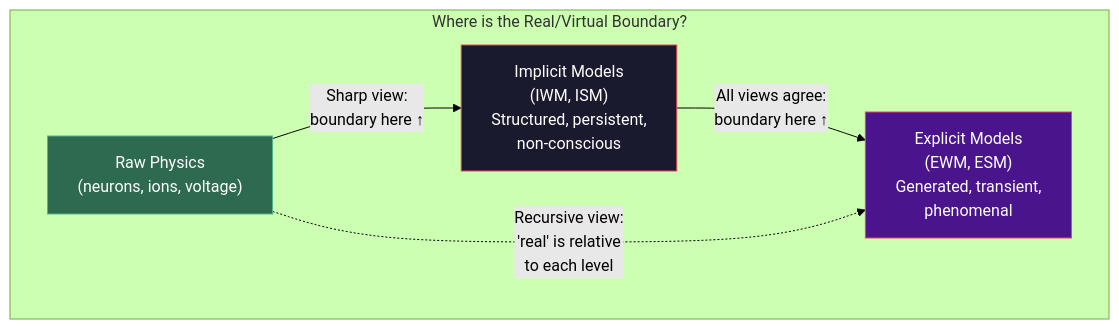
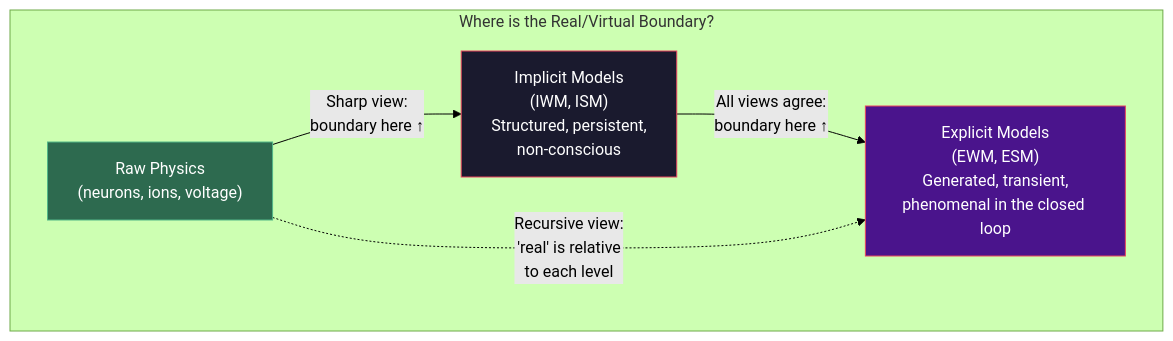
The diagram in wiki/open-questions/implicit-models-virtual.md (JeltzProstetnic/aIware), drawn with Mermaid (forest theme) before and after one commit. The commit also changed other lines of this file and 366 other files, not shown here.

````diff
--- a/wiki/open-questions/implicit-models-virtual.md
+++ b/wiki/open-questions/implicit-models-virtual.md
@@ -47,17 +47,17 @@
 ```mermaid
 graph TB
     subgraph "Where is the Real/Virtual Boundary?"
         RAW["Raw Physics<br/>(neurons, ions, voltage)"]
         IMP["Implicit Models<br/>(IWM, ISM)<br/>Structured, persistent,<br/>non-conscious"]
-        EXP["Explicit Models<br/>(EWM, ESM)<br/>Generated, transient,<br/>phenomenal"]
+        EXP["Explicit Models<br/>(EWM, ESM)<br/>Generated, transient,<br/>phenomenal in the closed loop"]
     end
 
     RAW -->|"Sharp view:<br/>boundary here ↑"| IMP
     IMP -->|"All views agree:<br/>boundary here ↑"| EXP
 
     RAW -.->|"Recursive view:<br/>'real' is relative<br/>to each level"| EXP
 
     style RAW fill:#2d6a4f,stroke:#52b788,color:#fff
     style IMP fill:#1a1a2e,stroke:#e94560,color:#fff
     style EXP fill:#4a148c,stroke:#e94560,color:#fff
 ```
````
